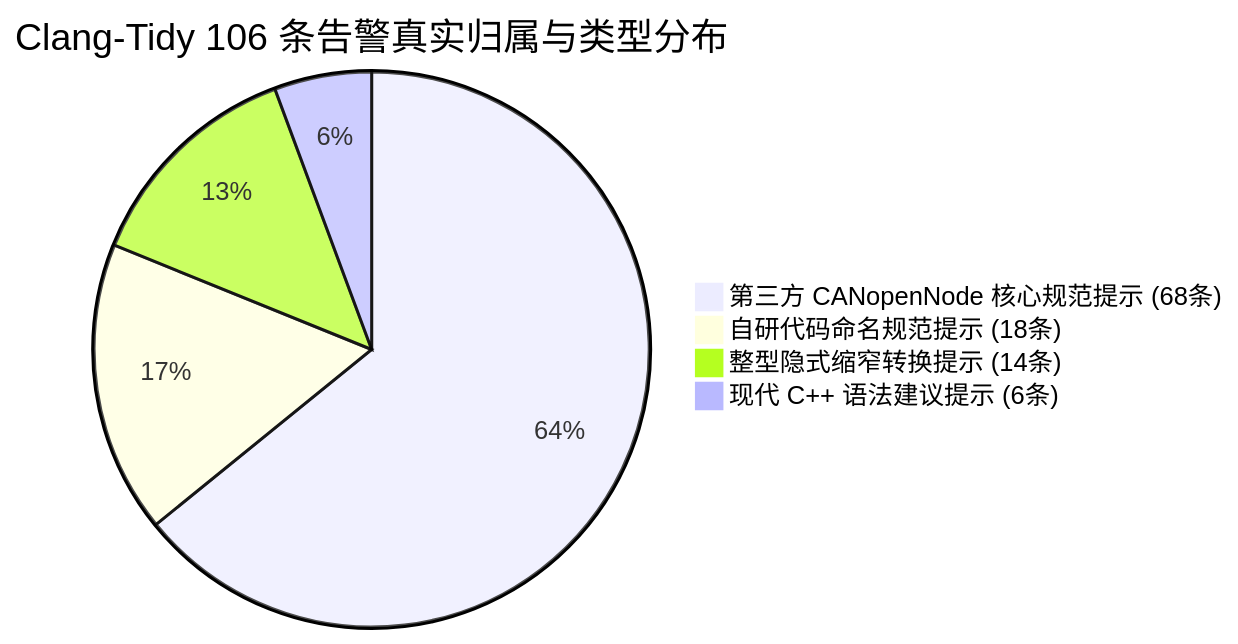
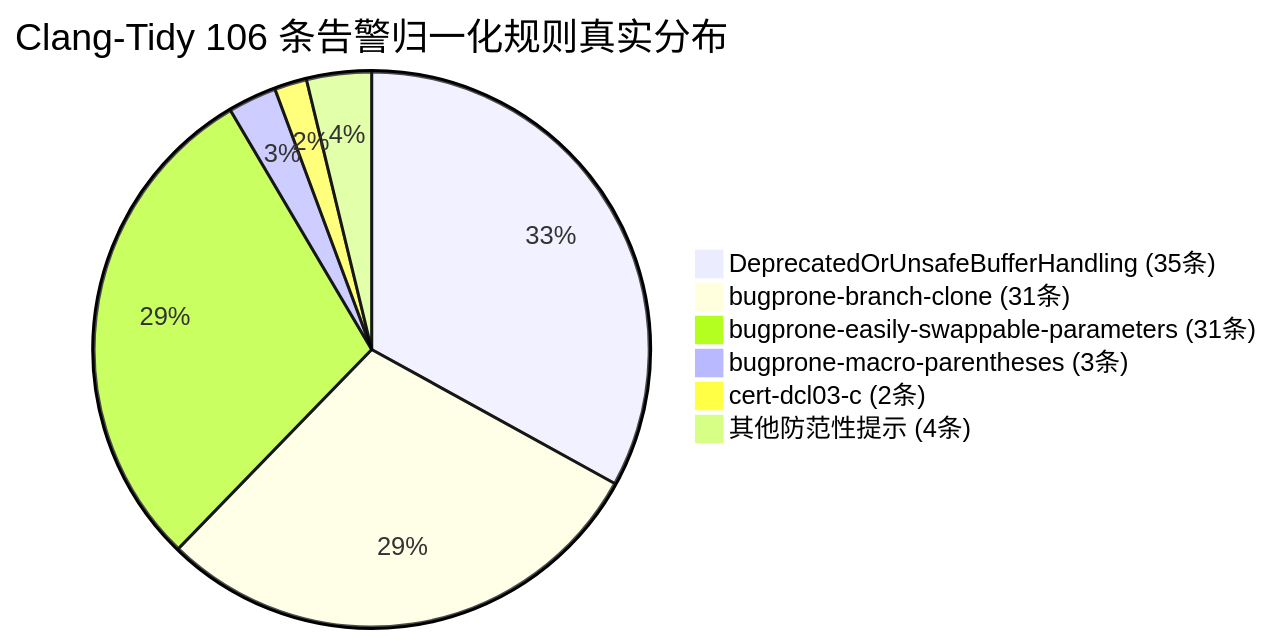
The diagram in doc/P/04_第四阶段_P5_coreMQTT裸机迁移/技术讲解与复盘/03_P5_故障修复复盘_安全告警与遗留风险台账_v2.0.md (Serendipity-min/medical-multi-parameter-monitor), drawn with Mermaid before and after one commit. The commit also changed other lines of this file and 2 other files, not shown here.

Commit message:
docs(p5): final technical documentation errata on clang-tidy rules, coverage gaps, and memory layout

````diff
--- a/doc/P/04_第四阶段_P5_coreMQTT裸机迁移/技术讲解与复盘/03_P5_故障修复复盘_安全告警与遗留风险台账_v2.0.md
+++ b/doc/P/04_第四阶段_P5_coreMQTT裸机迁移/技术讲解与复盘/03_P5_故障修复复盘_安全告警与遗留风险台账_v2.0.md
@@ -162,7 +168,9 @@
 ```mermaid
-pie title Clang-Tidy 106 条告警真实归属与类型分布
-    "第三方 CANopenNode 核心规范提示 (68条)" : 68
-    "自研代码命名规范提示 (18条)" : 18
-    "整型隐式缩窄转换提示 (14条)" : 14
-    "现代 C++ 语法建议提示 (6条)" : 6
+pie title Clang-Tidy 106 条告警归一化规则真实分布
+    "DeprecatedOrUnsafeBufferHandling (35条)" : 35
+    "bugprone-branch-clone (31条)" : 31
+    "bugprone-easily-swappable-parameters (31条)" : 31
+    "bugprone-macro-parentheses (3条)" : 3
+    "cert-dcl03-c (2条)" : 2
+    "其他防范性提示 (4条)" : 4
 ```
````
